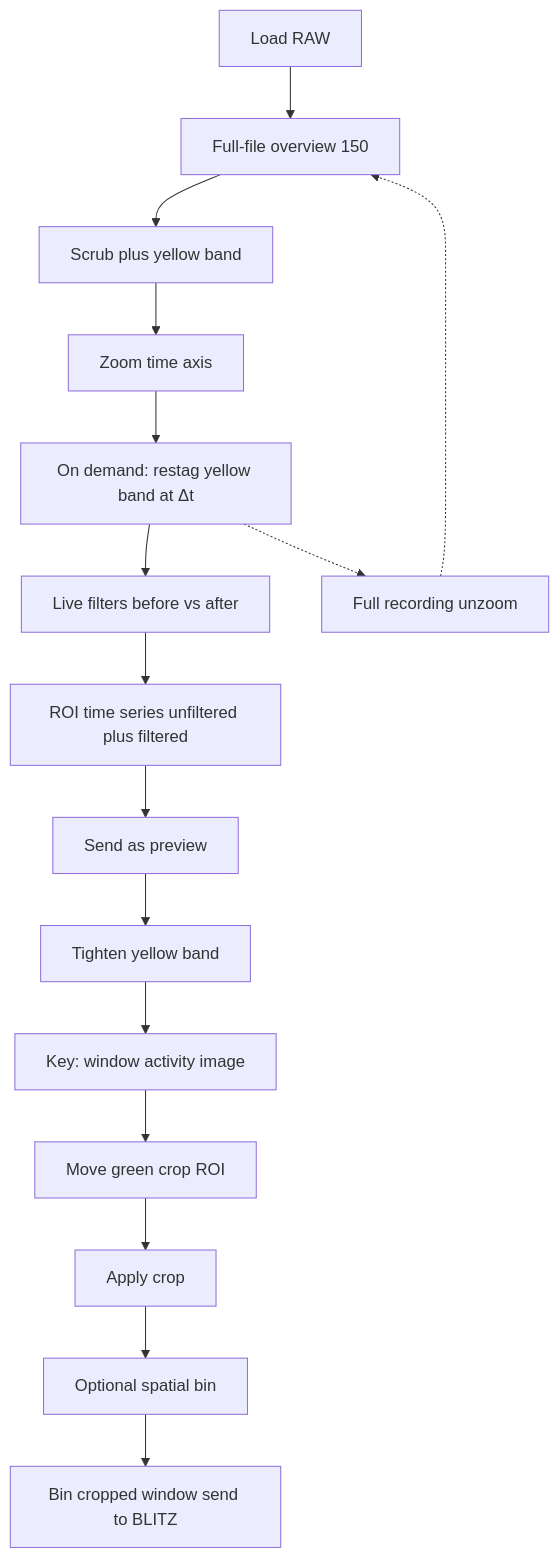
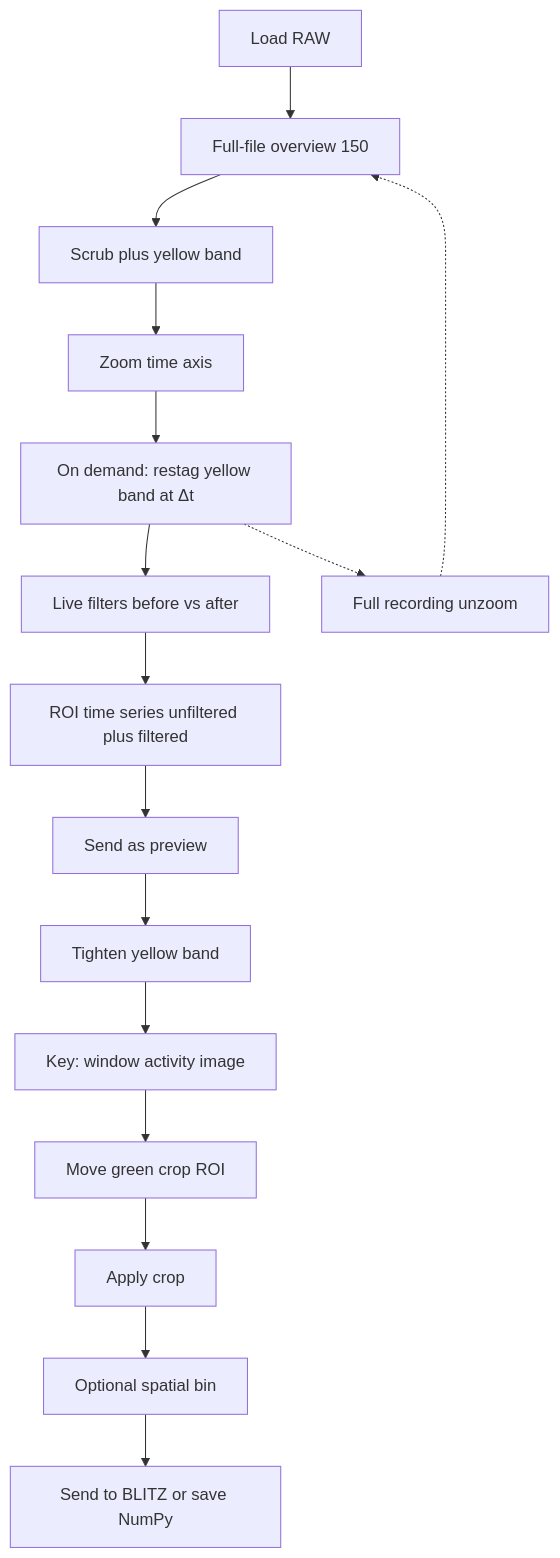
Before and after one commit to PiMaV/event-reader: the first of 3 diagrams in README.md, drawn with Mermaid. The commit also changed other lines of this file and 3 other files, not shown here.

First line of the commit message:
Replace Send-last-again with Save as NumPy for the same cube BLITZ would get.

````diff
--- a/README.md
+++ b/README.md
@@ -13,18 +13,18 @@
 ```mermaid
 flowchart TD
   load[Load RAW] --> fullOv[Full-file overview 150]
   fullOv --> scrub[Scrub plus yellow band]
   scrub --> zoom[Zoom time axis]
   zoom --> restag[On demand: restag yellow band at Δt]
   restag --> filt[Live filters before vs after]
   restag -.-> fullRec[Full recording unzoom]
   fullRec -.-> fullOv
   filt --> roiTS[ROI time series unfiltered plus filtered]
   roiTS --> color[Send as preview]
   color --> tight[Tighten yellow band]
   tight --> maxImg[Key: window activity image]
   maxImg --> rect[Move green crop ROI]
   rect --> applyCrop[Apply crop]
   applyCrop --> binning[Optional spatial bin]
-  binning --> send[Bin cropped window send to BLITZ]
+  binning --> send[Send to BLITZ or save NumPy]
 ```
````
